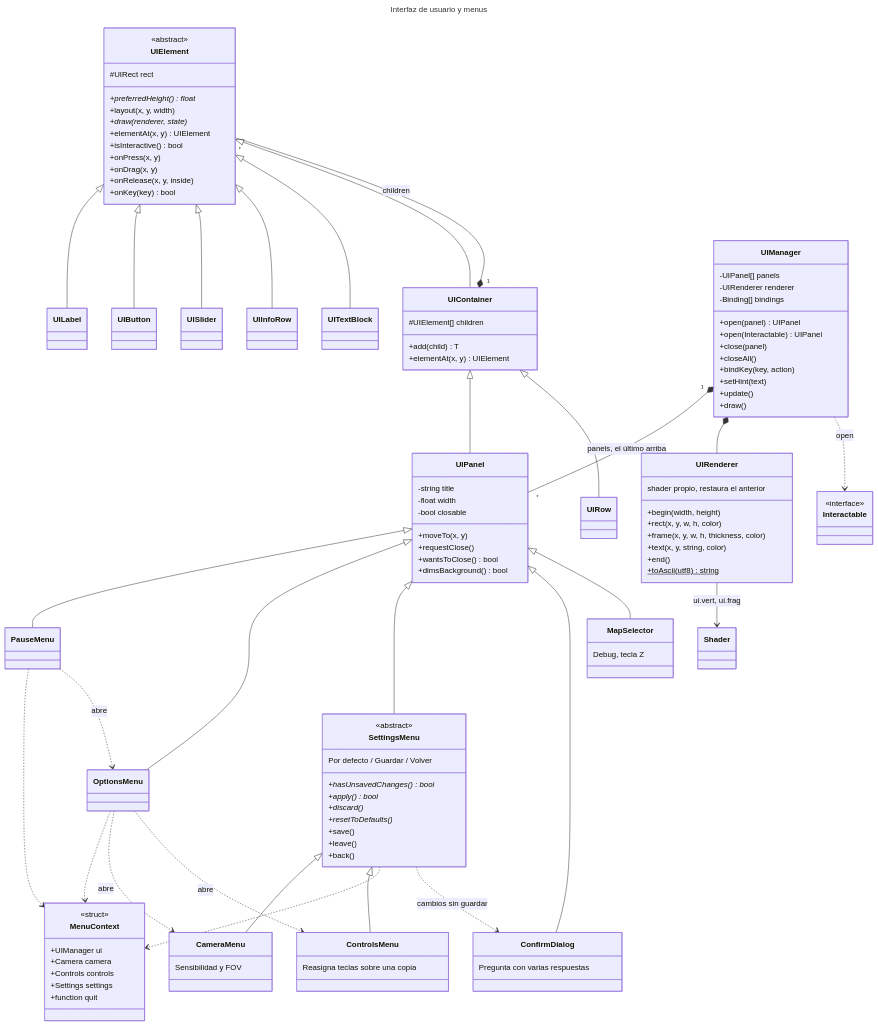
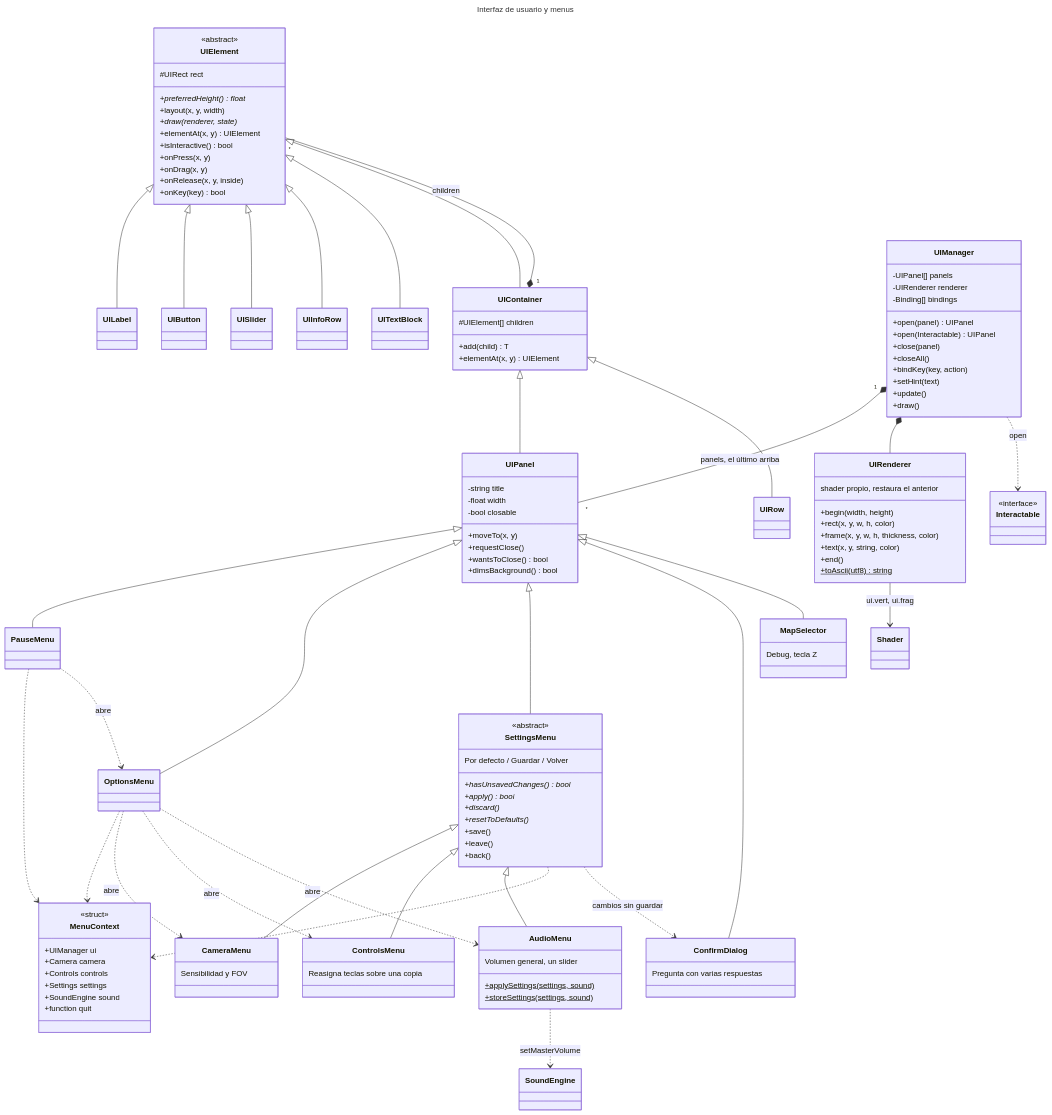
Before and after one commit to Joselitus/3Dengine: the seventh of 11 diagrams in docs/UML.md, drawn with Mermaid. The commit also changed other lines of this file and 40 other files, not shown here.

````diff
--- a/docs/UML.md
+++ b/docs/UML.md
@@ -859,6 +910,7 @@
         +Camera camera
         +Controls controls
         +Settings settings
+        +SoundEngine sound
         +function quit
     }
 
@@ -881,9 +933,15 @@
     class ControlsMenu {
         Reasigna teclas sobre una copia
     }
+    class AudioMenu {
+        Volumen general, un slider
+        +applySettings(settings, sound)$
+        +storeSettings(settings, sound)$
+    }
     class ConfirmDialog {
         Pregunta con varias respuestas
     }
+    class SoundEngine
     class MapSelector {
         Debug, tecla Z
     }
@@ -909,6 +967,8 @@
     UIPanel <|-- MapSelector
     SettingsMenu <|-- CameraMenu
     SettingsMenu <|-- ControlsMenu
+    SettingsMenu <|-- AudioMenu
+    AudioMenu ..> SoundEngine : setMasterVolume
 
     UIManager "1" *-- "*" UIPanel : panels, el último arriba
     UIManager *-- UIRenderer
@@ -920,5 +980,6 @@
     PauseMenu ..> OptionsMenu : abre
     OptionsMenu ..> CameraMenu : abre
     OptionsMenu ..> ControlsMenu : abre
+    OptionsMenu ..> AudioMenu : abre
     SettingsMenu ..> ConfirmDialog : cambios sin guardar
 ```
````
